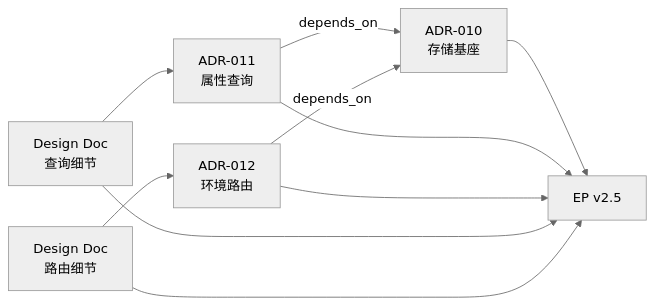
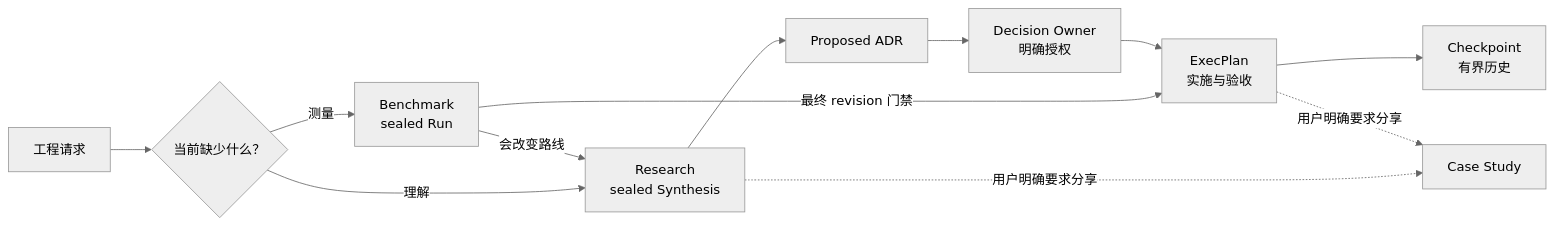
The second of 2 diagrams in README.zh-CN.md (XiaoWeiKIN/RepoFoundryAI), drawn with Mermaid (neutral theme) before and after one commit. The commit also changed other lines of this file and 52 other files, not shown here.

````diff
--- a/README.zh-CN.md
+++ b/README.zh-CN.md
@@ -511,12 +57,14 @@
 ```mermaid
 flowchart LR
-    A11["ADR-011<br/>属性查询"] -->|"depends_on"| A10["ADR-010<br/>存储基座"]
-    A12["ADR-012<br/>环境路由"] -->|"depends_on"| A10
-    D1["Design Doc<br/>查询细节"] --> A11
-    D2["Design Doc<br/>路由细节"] --> A12
-    A10 --> EP["EP v2.5"]
-    A11 --> EP
-    A12 --> EP
-    D1 --> EP
-    D2 --> EP
+    U["工程请求"] --> Q{"当前缺少什么？"}
+    Q -->|"测量"| B["Benchmark<br/>sealed Run"]
+    Q -->|"理解"| R["Research<br/>sealed Synthesis"]
+    B -->|"会改变路线"| R
+    B -->|"最终 revision 门禁"| E
+    R --> A["Proposed ADR"]
+    A --> O["Decision Owner<br/>明确授权"]
+    O --> E["ExecPlan<br/>实施与验收"]
+    E --> C["Checkpoint<br/>有界历史"]
+    R -. "用户明确要求分享" .-> S["Case Study"]
+    E -. "用户明确要求分享" .-> S
 ```
````
